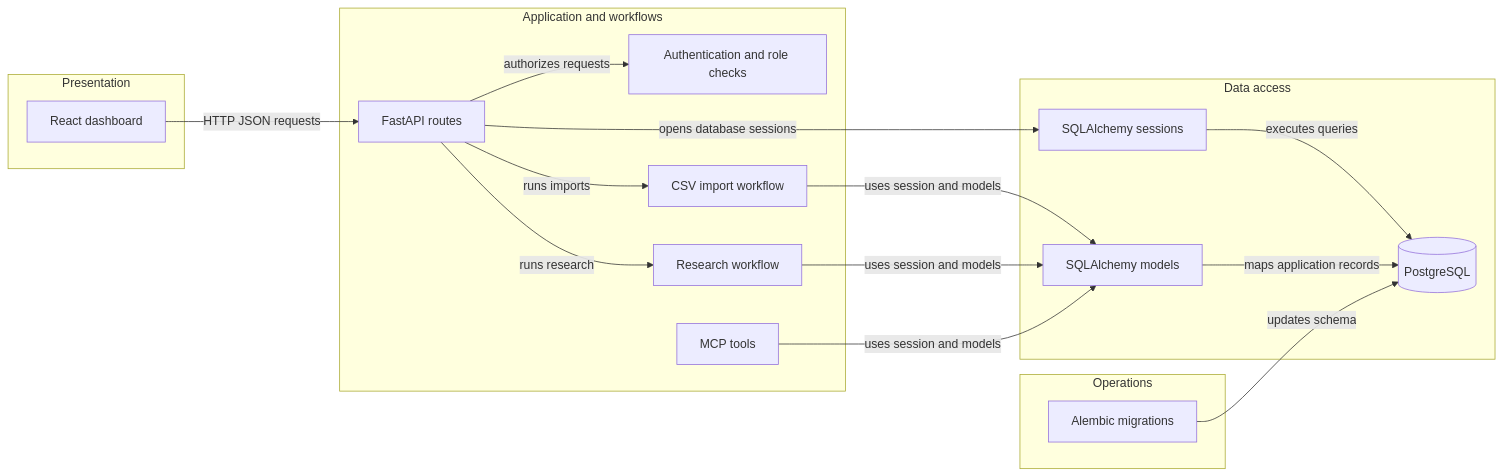
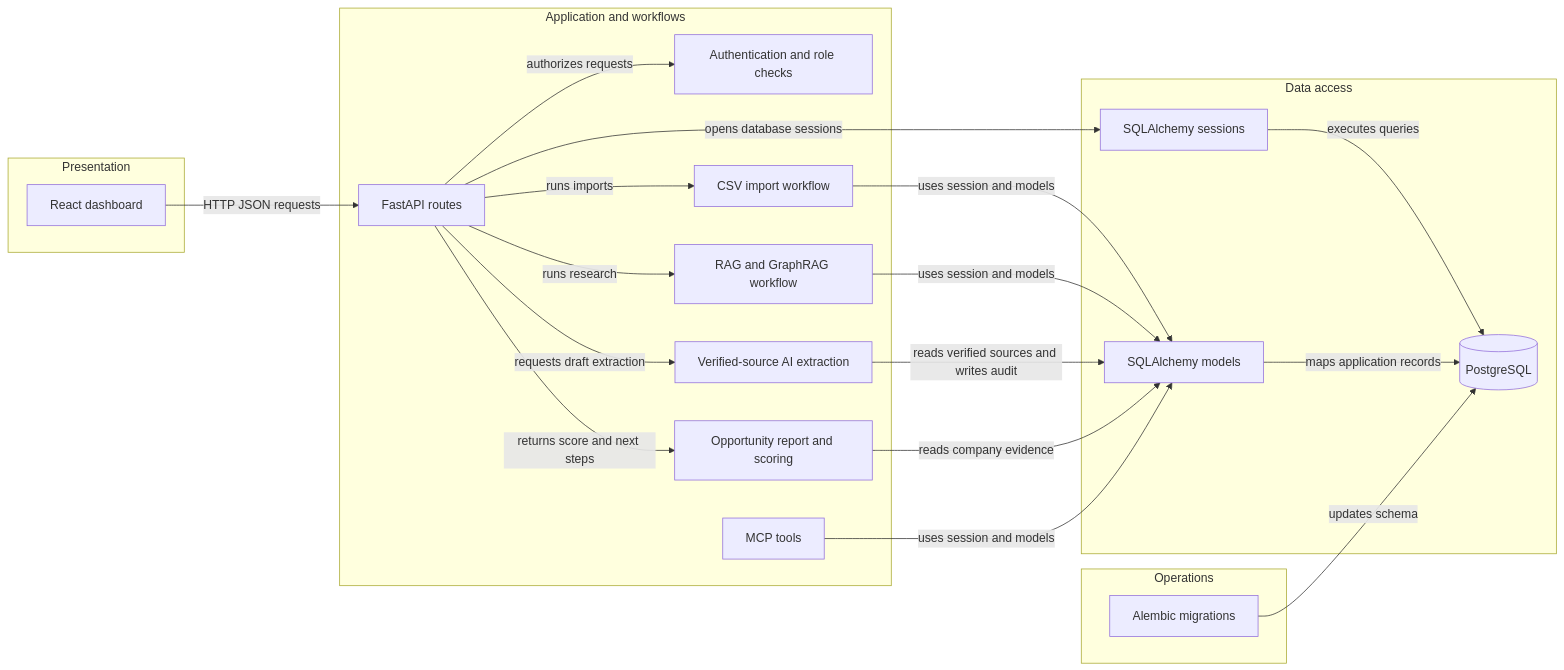
Before and after one commit to kmdsuhail72/Build-AI-B2B-Market-Intelligence-Platform: the second of 2 diagrams in .github/modernize/assessment/engines/facts/architecture-diagram.md, drawn with Mermaid. The commit also changed other lines of this file and 17 other files, not shown here.

```diff
--- a/.github/modernize/assessment/engines/facts/architecture-diagram.md
+++ b/.github/modernize/assessment/engines/facts/architecture-diagram.md
@@ -68,33 +73,39 @@
 ~~~mermaid
 flowchart LR
     subgraph PresentationComponents["Presentation"]
         cDashboard["React dashboard"]
     end
     subgraph BusinessComponents["Application and workflows"]
         cApi["FastAPI routes"]
         cAuth["Authentication and role checks"]
         cImport["CSV import workflow"]
-        cResearch["Research workflow"]
+        cResearch["RAG and GraphRAG workflow"]
+        cEnrichment["Verified-source AI extraction"]
+        cOpportunity["Opportunity report and scoring"]
         cMcp["MCP tools"]
     end
     subgraph DataComponents["Data access"]
         cSessions["SQLAlchemy sessions"]
         cModels["SQLAlchemy models"]
         cPostgres[("PostgreSQL")]
     end
     subgraph OperationsComponents["Operations"]
         cMigrations["Alembic migrations"]
     end
 
     cDashboard -->|"HTTP JSON requests"| cApi
     cApi -->|"authorizes requests"| cAuth
     cApi -->|"runs imports"| cImport
     cApi -->|"runs research"| cResearch
+    cApi -->|"requests draft extraction"| cEnrichment
+    cApi -->|"returns score and next steps"| cOpportunity
     cApi -->|"opens database sessions"| cSessions
     cImport -->|"uses session and models"| cModels
     cResearch -->|"uses session and models"| cModels
+    cEnrichment -->|"reads verified sources and writes audit"| cModels
+    cOpportunity -->|"reads company evidence"| cModels
     cMcp -->|"uses session and models"| cModels
     cSessions -->|"executes queries"| cPostgres
     cModels -->|"maps application records"| cPostgres
     cMigrations -->|"updates schema"| cPostgres
 ~~~
```
